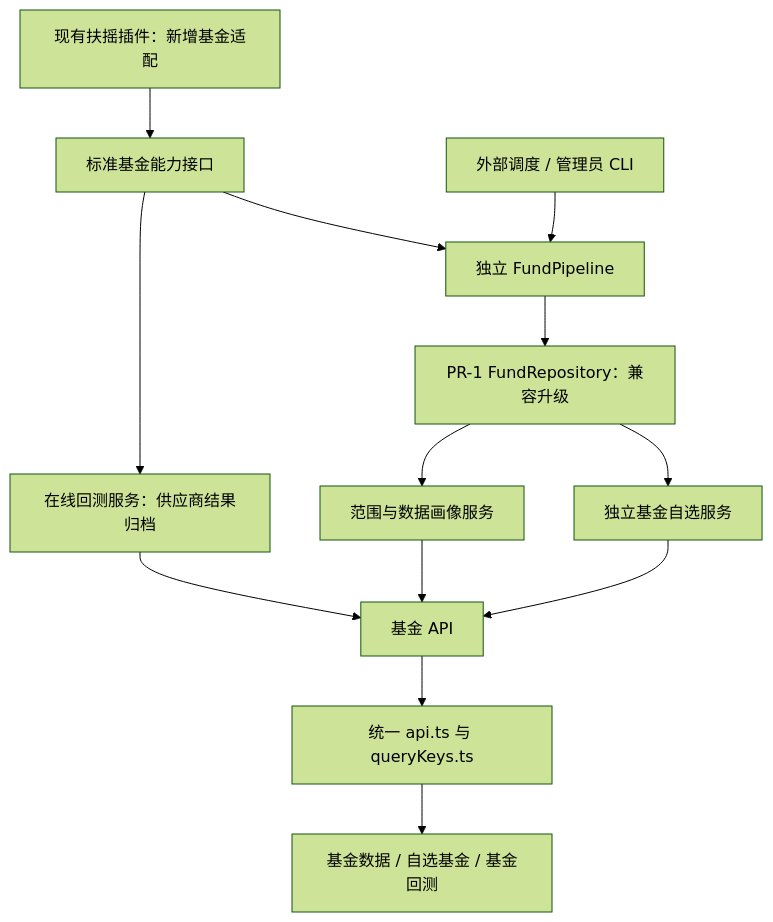
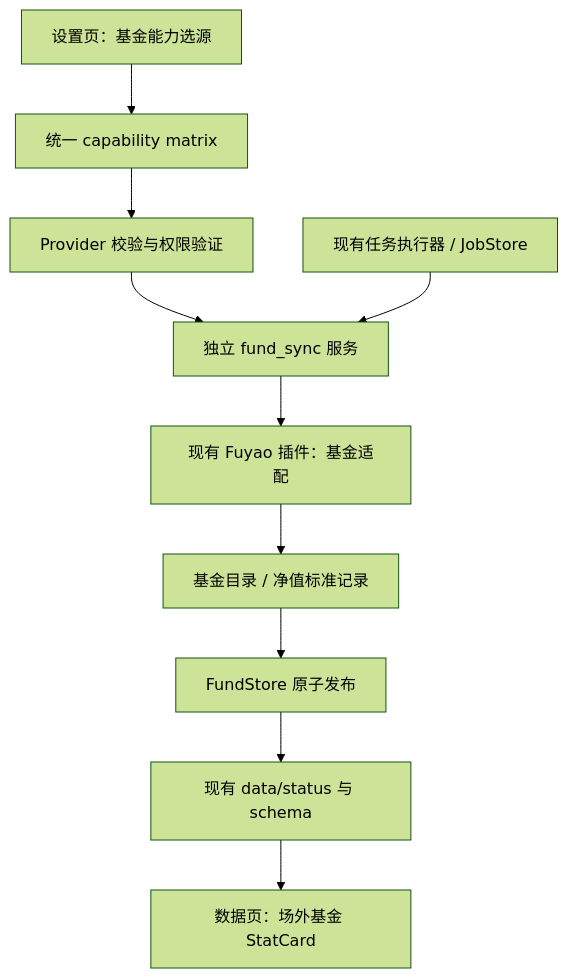
One commit to Ocean-HCC/tick-stock-panel changed the second of 2 diagrams in docs/fund-extension-design.md. Above: the diagram before and after it, drawn with Mermaid (forest theme). The commit also changed other lines of this file and 10 other files, not shown here.

````diff
--- a/docs/fund-extension-design.md
+++ b/docs/fund-extension-design.md
@@ -81,15 +98,12 @@
 ```mermaid
 flowchart TD
-    F[现有扶摇插件：新增基金适配] --> P[标准基金能力接口]
-    P --> S[独立 FundPipeline]
-    S --> R[PR-1 FundRepository：兼容升级]
-    R --> D[范围与数据画像服务]
-    R --> W[独立基金自选服务]
-    P --> B[在线回测服务：供应商结果归档]
-    B --> A[基金 API]
-    D --> A
-    W --> A
-    A --> C[统一 api.ts 与 queryKeys.ts]
-    C --> U[基金数据 / 自选基金 / 基金回测]
-    X[外部调度 / 管理员 CLI] --> S
+    P[设置页：基金能力选源] --> M[统一 capability matrix]
+    M --> V[Provider 校验与权限验证]
+    V --> S[独立 fund_sync 服务]
+    S --> F[现有 Fuyao 插件：基金适配]
+    F --> R[基金目录 / 净值标准记录]
+    R --> T[FundStore 原子发布]
+    T --> D[现有 data/status 与 schema]
+    D --> C[数据页：场外基金 StatCard]
+    J[现有任务执行器 / JobStore] --> S
 ```
````
